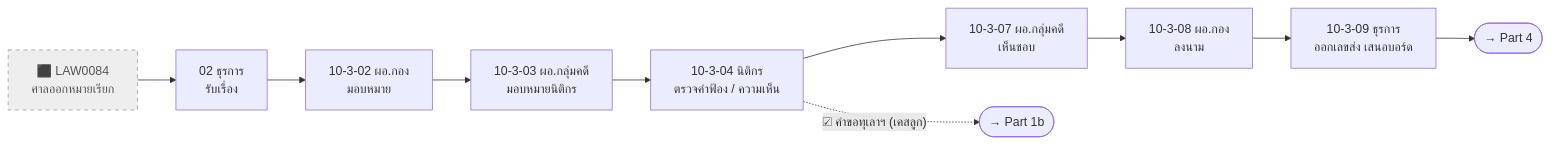
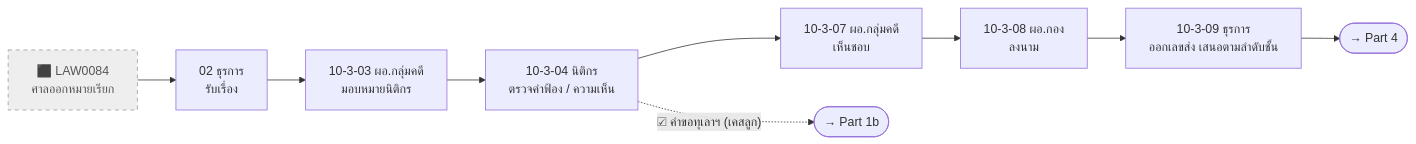
The first of 13 diagrams in docs/activity10-flow-10.3.md (varitthon/E-CMIS-A4), drawn with Mermaid before and after one commit. The commit also changed other lines of this file and 181 other files, not shown here.

First line of the commit message:
feat: ปรับ flow หลังประชุมคณะกรรมการ 14/10 — ตัดขั้นตอนมอบหมาย ผอ.กฎหมาย + เพิ่มระบบคำพิพากษา

````diff
--- a/docs/activity10-flow-10.3.md
+++ b/docs/activity10-flow-10.3.md
@@ -83,7 +93,7 @@
 ```mermaid
 flowchart LR
-  X0["⬛ LAW0084<br/>ศาลออกหมายเรียก"]:::ext --> P1["02 ธุรการ<br/>รับเรื่อง"] --> P2["10-3-02 ผอ.กอง<br/>มอบหมาย"] --> P3["10-3-03 ผอ.กลุ่มคดี<br/>มอบหมายนิติกร"] --> P4["10-3-04 นิติกร<br/>ตรวจคำฟ้อง / ความเห็น"]
-  P4 --> P7["10-3-07 ผอ.กลุ่มคดี<br/>เห็นชอบ"] --> P8["10-3-08 ผอ.กอง<br/>ลงนาม"] --> P9["10-3-09 ธุรการ<br/>ออกเลขส่ง เสนอบอร์ด"] --> O4(["→ Part 4"])
+  X0["⬛ LAW0084<br/>ศาลออกหมายเรียก"]:::ext --> P1["02 ธุรการ<br/>รับเรื่อง"] --> P3["10-3-03 ผอ.กลุ่มคดี<br/>มอบหมายนิติกร"] --> P4["10-3-04 นิติกร<br/>ตรวจคำฟ้อง / ความเห็น"]
+  P4 --> P7["10-3-07 ผอ.กลุ่มคดี<br/>เห็นชอบ"] --> P8["10-3-08 ผอ.กอง<br/>ลงนาม"] --> P9["10-3-09 ธุรการ<br/>ออกเลขส่ง เสนอตามลำดับชั้น"] --> O4(["→ Part 4"])
   P4 -. "☑ คำขอทุเลาฯ (เคสลูก)" .-> O1b(["→ Part 1b"])
   classDef ext fill:#eeeeee,stroke:#999999,stroke-dasharray:5 5,color:#555555
 ```
````
